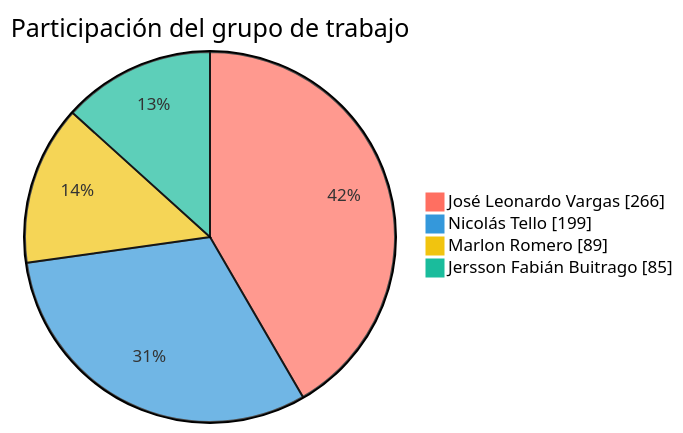
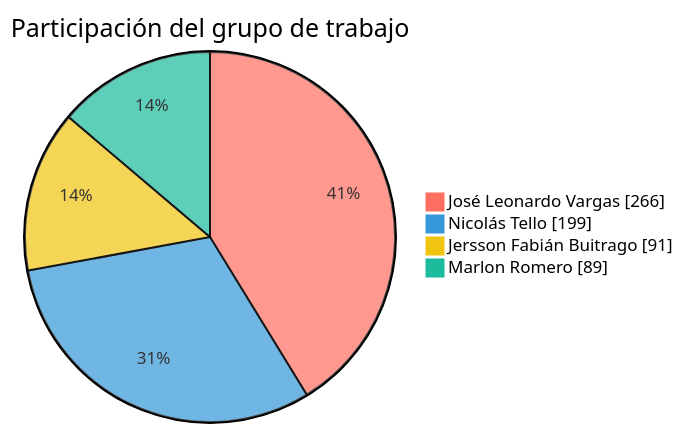
The first of 2 diagrams in README.md (FarmaExpres/FarmaExpres), drawn with Mermaid before and after one commit. The commit also changed other lines of this file and 1 other file, not shown here.

````diff
--- a/README.md
+++ b/README.md
@@ -389,9 +389,9 @@
 ```mermaid
 %%{init: {"themeVariables": {"pie1": "#ff6f61", "pie2": "#3498db", "pie3": "#f1c40f", "pie4": "#1abc9c", "pieLabelColor": "#000000", "pieLabelFontSize": "24px", "pieLabelFontWeight": "700"}}}%%
 pie showData
     title Participación del grupo de trabajo
     "José Leonardo Vargas" : 266
     "Nicolás Tello" : 199
+    "Jersson Fabián Buitrago" : 91
     "Marlon Romero" : 89
-    "Jersson Fabián Buitrago" : 85
 ```
````
